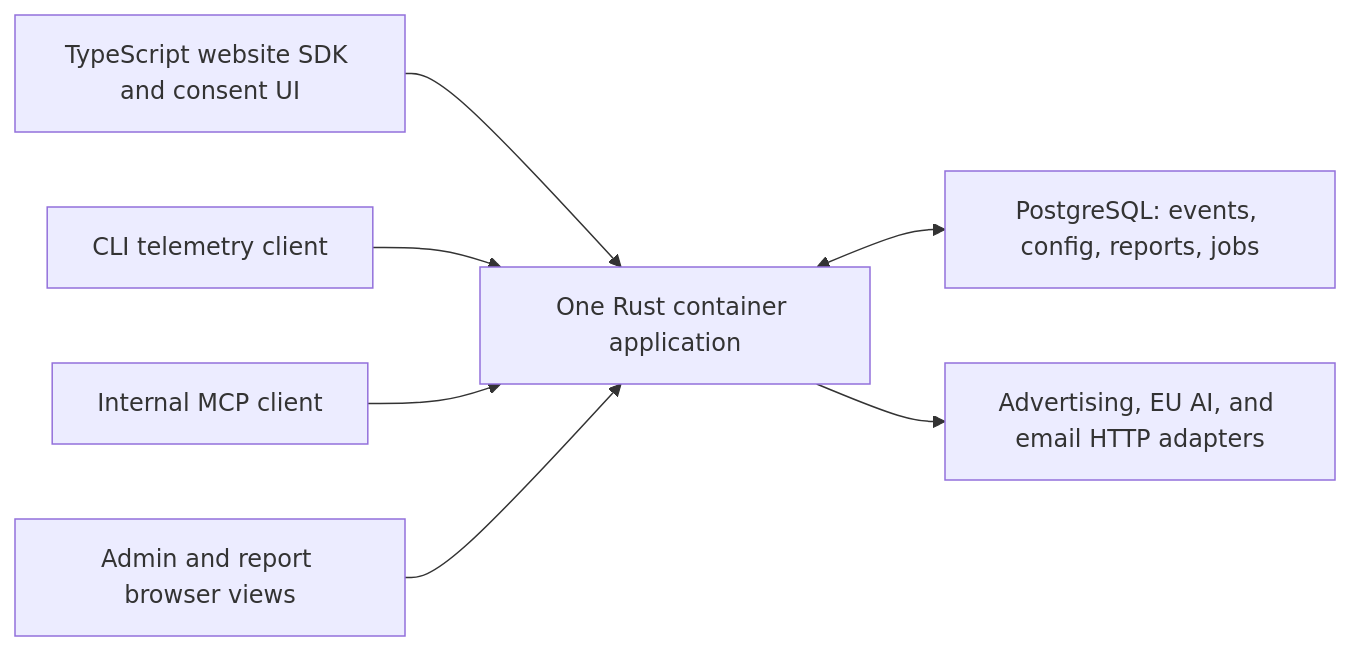
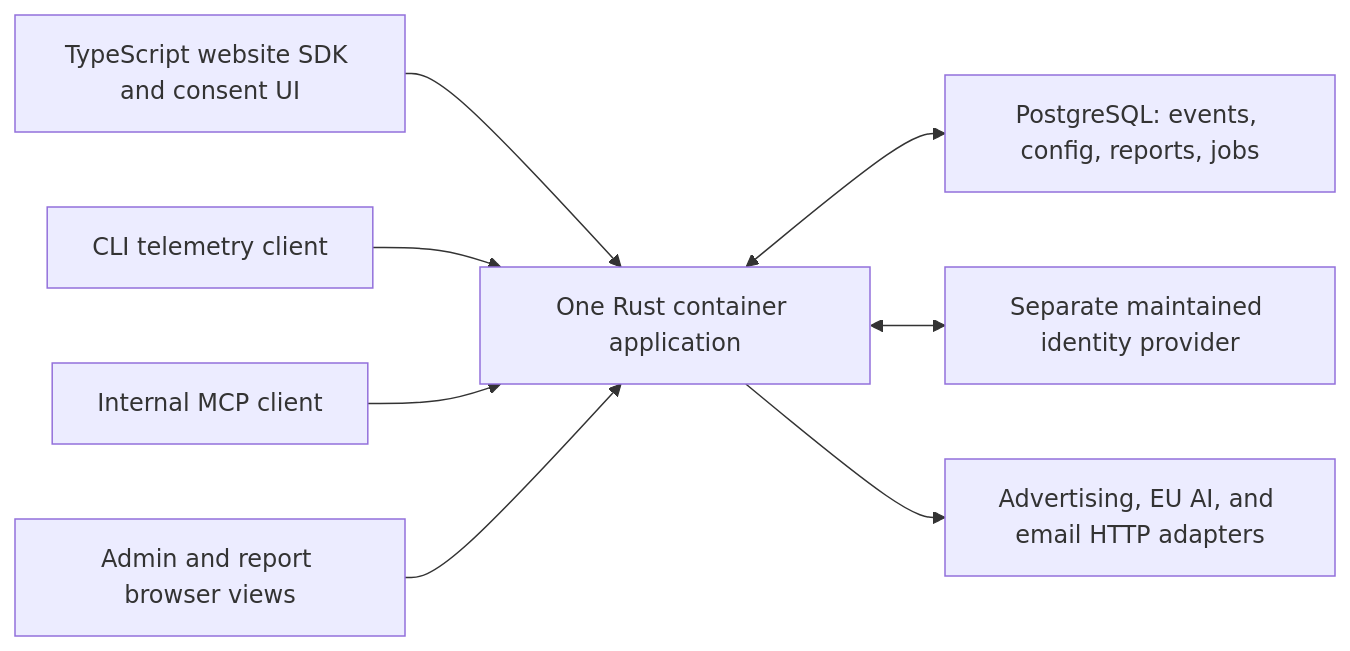
Before and after one commit to sebastian-software/sebastian-pulse: the diagram in docs/plans/analytics-service.md, drawn with Mermaid. The commit also changed other lines of this file and 43 other files, not shown here.

````diff
--- a/docs/plans/analytics-service.md
+++ b/docs/plans/analytics-service.md
@@ -60,9 +65,10 @@
 ```mermaid
 flowchart LR
     Web[TypeScript website SDK and consent UI] --> App[One Rust container application]
     CLI[CLI telemetry client] --> App
     MCP[Internal MCP client] --> App
     UI[Admin and report browser views] --> App
     App <--> PG[PostgreSQL: events, config, reports, jobs]
+    App <--> IdP[Separate maintained identity provider]
     App --> External[Advertising, EU AI, and email HTTP adapters]
 ```
````
